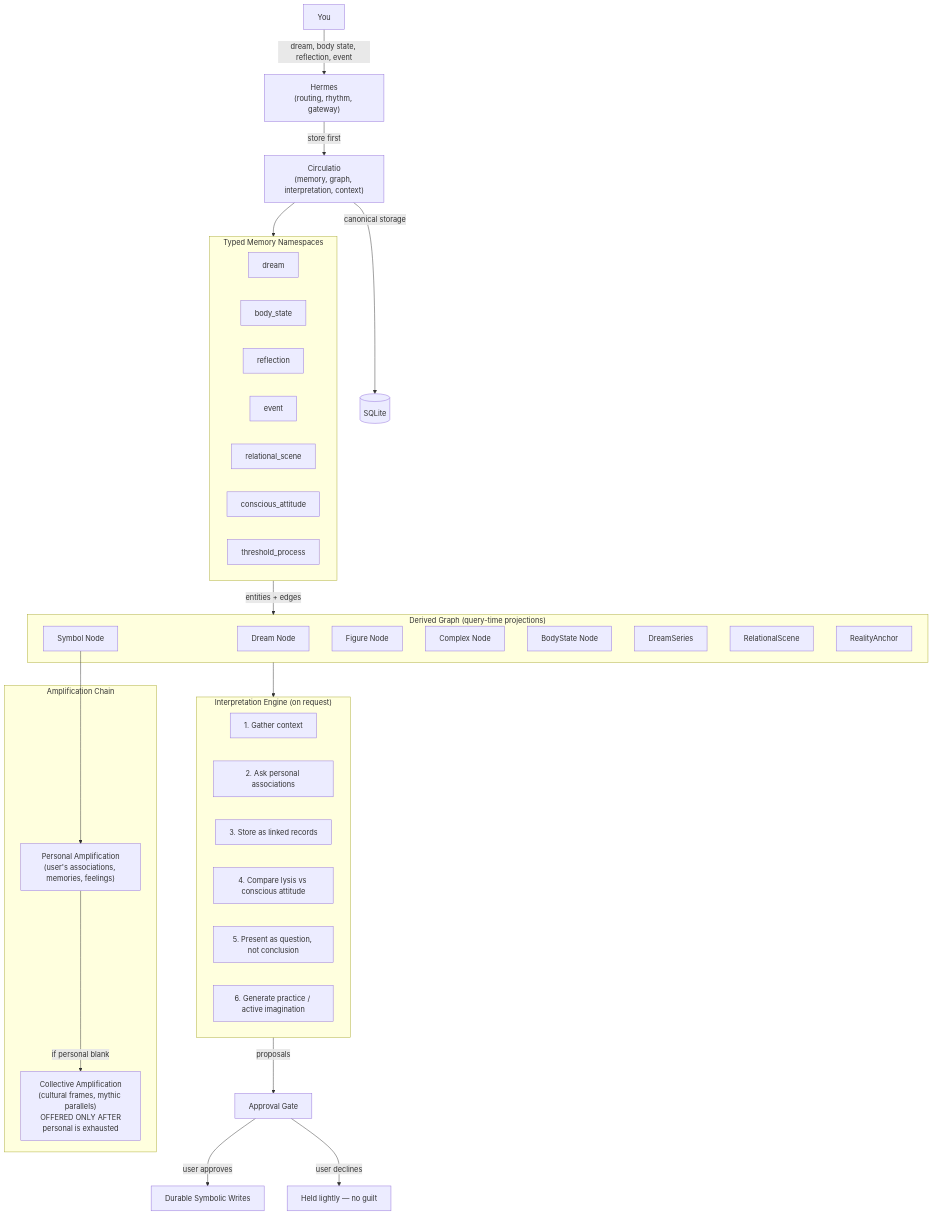
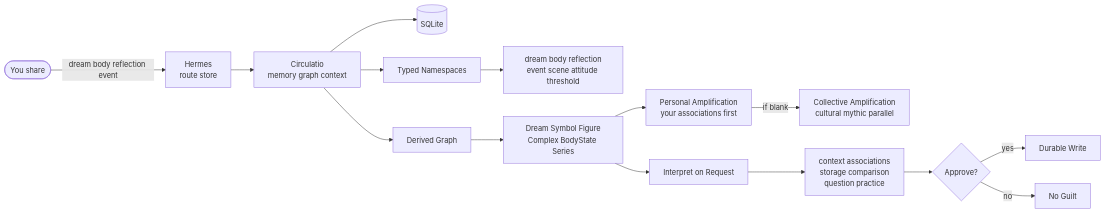
The diagram in README.md (Sophanos/circulatio), drawn with Mermaid before and after one commit.

Commit message:
Compact Mermaid architecture diagram
Replace verbose flowchart with compact LR layout:
- You share → Hermes route/store → Circulatio → SQLite
- Typed namespaces and derived graph side branches
- Personal amplification first, collective only if blank
- Interpret on request → context → associations → comparison → question → approval gate
- No emojis, clean styling

````diff
--- a/README.md
+++ b/README.md
@@ -73,53 +73,21 @@
 ```mermaid
-flowchart TD
-    User["You"] -->|dream, body state, reflection, event| Hermes["Hermes<br/>(routing, rhythm, gateway)"]
-    Hermes -->|store first| Circulatio["Circulatio<br/>(memory, graph, interpretation, context)"]
-    Circulatio -->|canonical storage| SQLite[(SQLite)]
+flowchart LR
+    A([You share]) -->|dream body reflection event| B[Hermes<br/>route store]
+    B --> C[Circulatio<br/>memory graph context]
+    C --> D[(SQLite)]
 
-    subgraph MemoryNamespaces["Typed Memory Namespaces"]
-        D[dream]
-        BS[body_state]
-        R[reflection]
-        E[event]
-        RE[relational_scene]
-        CA[conscious_attitude]
-        TP[threshold_process]
-    end
+    C --> E[Typed Namespaces]
+    E --> F[dream body reflection<br/>event scene attitude threshold]
 
-    Circulatio --> MemoryNamespaces
+    C --> G[Derived Graph]
+    G --> H[Dream Symbol Figure<br/>Complex BodyState Series]
 
-    subgraph DerivedGraph["Derived Graph (query-time projections)"]
-        DN[Dream Node]
-        SN[Symbol Node]
-        FN[Figure Node]
-        CN[Complex Node]
-        BSN[BodyState Node]
-        DS[DreamSeries]
-        RS[RelationalScene]
-        RA[RealityAnchor]
-    end
+    H --> I[Personal Amplification<br/>your associations first]
+    I -->|if blank| J[Collective Amplification<br/>cultural mythic parallel]
 
-    MemoryNamespaces -->|entities + edges| DerivedGraph
-
-    subgraph Amplification["Amplification Chain"]
-        PA["Personal Amplification<br/>(user's associations, memories, feelings)"]
-        CO["Collective Amplification<br/>(cultural frames, mythic parallels)<br/>OFFERED ONLY AFTER<br/>personal is exhausted"]
-    end
-
-    SN --> PA
-    PA -->|if personal blank| CO
-
-    subgraph Interpretation["Interpretation Engine (on request)"]
-        IG["1. Gather context"]
-        PA2["2. Ask personal associations"]
-        SA["3. Store as linked records"]
-        CM["4. Compare lysis vs conscious attitude"]
-        PQ["5. Present as question, not conclusion"]
-        PR["6. Generate practice / active imagination"]
-    end
-
-    DerivedGraph --> Interpretation
-    Interpretation -->|proposals| AP["Approval Gate"]
-    AP -->|user approves| DW["Durable Symbolic Writes"]
-    AP -->|user declines| DROP["Held lightly — no guilt"]
+    H --> K[Interpret on Request]
+    K --> L[context associations<br/>storage comparison<br/>question practice]
+    L --> M{Approve?}
+    M -->|yes| N[Durable Write]
+    M -->|no| O[No Guilt]
 ```
````
